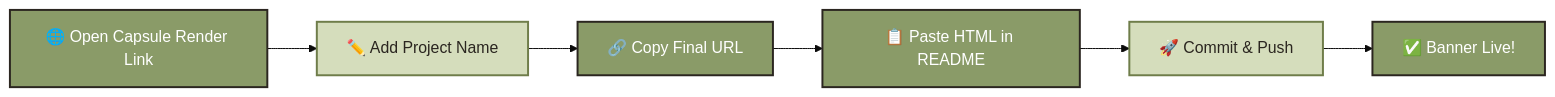
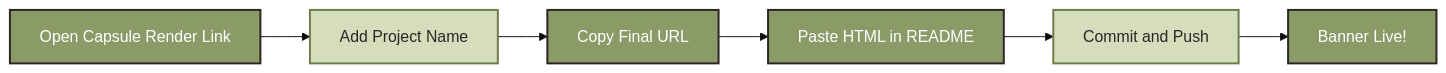
Before and after one commit to SHAKEELYOUSAF/README_file_styling: the first of 5 diagrams in README.md, drawn with Mermaid (base theme). The commit also changed other lines of this file, not shown here.

Commit message:
Update README for animated header and workflow diagrams

````diff
--- a/README.md
+++ b/README.md
@@ -32,13 +35,12 @@
 ```mermaid
 flowchart LR
-    A[🌐 Open Capsule Render Link] --> B[✏️ Add Project Name]
-    B --> C[🔗 Copy Final URL]
-    C --> D[📋 Paste HTML in README]
-    D --> E[🚀 Commit & Push]
-    E --> F[✅ Banner Live!]
+    A[Open Capsule Render Link] --> B[Add Project Name]
+    B --> C[Copy Final URL]
+    C --> D[Paste HTML in README]
+    D --> E[Commit and Push]
+    E --> F[Banner Live!]
 classDef screen fill:#8a9b68,color:#ffffff,stroke:#2b2620,stroke-width:2px;
-	classDef action fill:#d5ddbc,color:#2b2620,stroke:#6f7d4a,stroke-width:2px;
-	class A,C,D,F screen;
-	class B,E action;
-
+classDef action fill:#d5ddbc,color:#2b2620,stroke:#6f7d4a,stroke-width:2px;
+class A,C,D,F screen;
+class B,E action;
 ```
````
